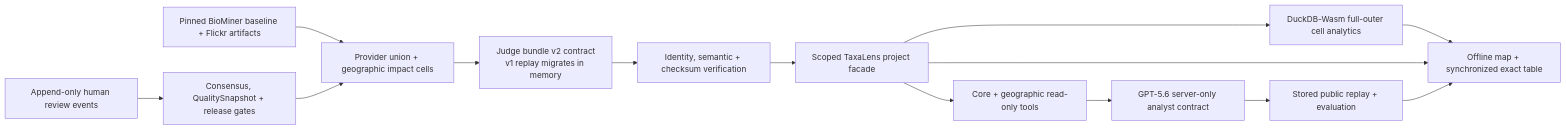
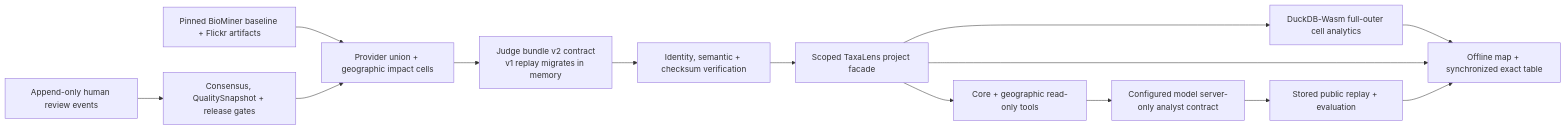
Before and after one commit to karikris/taxalens: the diagram in README.md, drawn with Mermaid. The commit also changed other lines of this file and 77 other files, not shown here.

````diff
--- a/README.md
+++ b/README.md
@@ -141,16 +141,16 @@
 ```mermaid
 flowchart LR
     B["Pinned BioMiner baseline + Flickr artifacts"] --> C["Provider union + geographic impact cells"]
     C --> J["Judge bundle v2 contract<br/>v1 replay migrates in memory"]
     J --> V["Identity, semantic + checksum verification"]
     V --> F["Scoped TaxaLens project facade"]
     F --> Q["DuckDB-Wasm full-outer cell analytics"]
     Q --> U["Offline map + synchronized exact table"]
     H["Append-only human review events"] --> K["Consensus, QualitySnapshot + release gates"]
     K --> C
     F --> T["Core + geographic read-only tools"]
     F --> U
-    T --> G["GPT-5.6 server-only analyst contract"]
+    T --> G["Configured model server-only analyst contract"]
     G --> R["Stored public replay + evaluation"]
     R --> U
 ```
````
